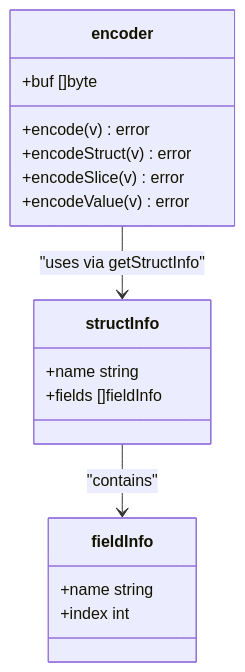
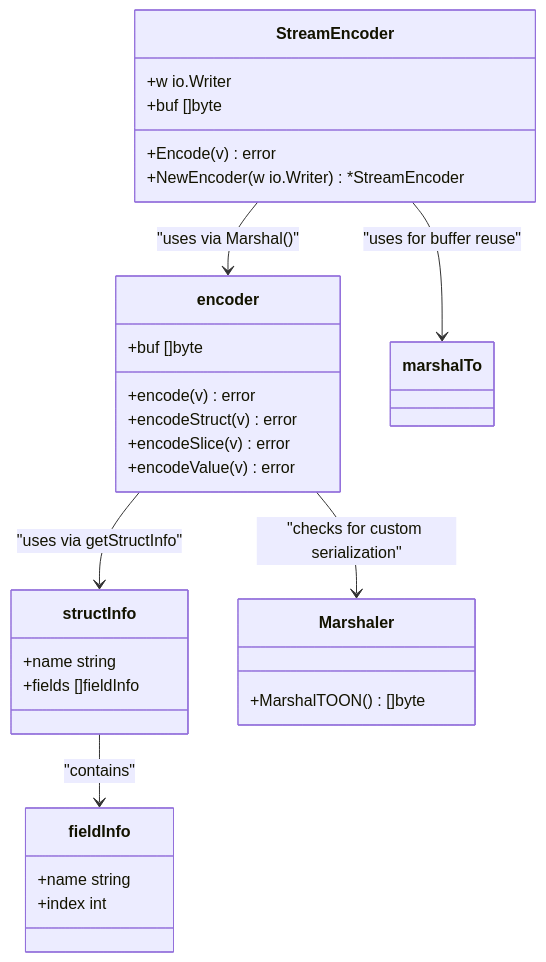
Before and after one commit to OTumanov/go-toon: the third of 4 diagrams in .qoder/repowiki/en/content/API Reference/Core Encoding API.md, drawn with Mermaid. The commit also changed other lines of this file and 11 other files, not shown here.

First line of the commit message:
feat: add Pre-flight Schema + Token Calculator to toongen

````diff
--- a/.qoder/repowiki/en/content/API Reference/Core Encoding API.md
+++ b/.qoder/repowiki/en/content/API Reference/Core Encoding API.md
@@ -164,20 +227,32 @@
 ```mermaid
 classDiagram
+class StreamEncoder {
++w io.Writer
++buf []byte
++Encode(v) error
++NewEncoder(w io.Writer) *StreamEncoder
+}
 class encoder {
 +buf []byte
 +encode(v) error
 +encodeStruct(v) error
 +encodeSlice(v) error
 +encodeValue(v) error
 }
 class structInfo {
 +name string
 +fields []fieldInfo
 }
 class fieldInfo {
 +name string
 +index int
 }
+class Marshaler {
++MarshalTOON() []byte
+}
+StreamEncoder --> encoder : "uses via Marshal()"
+StreamEncoder --> marshalTo : "uses for buffer reuse"
 encoder --> structInfo : "uses via getStructInfo"
+encoder --> Marshaler : "checks for custom serialization"
 structInfo --> fieldInfo : "contains"
 ```
````
